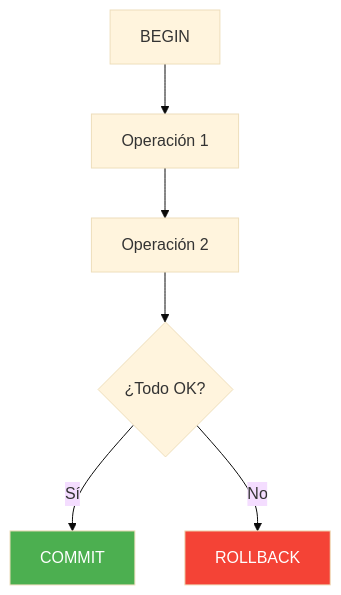
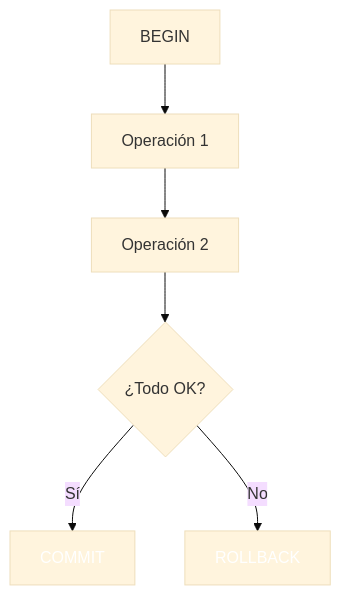
Before and after one commit to joseluisgs/DesarrolloWebEntornosServidor-02-2026-2027: the third of 8 diagrams in 15-transacciones-identificadores.md, drawn with Mermaid (base theme). The commit also changed other lines of this file and 41 other files, not shown here.

````diff
--- a/15-transacciones-identificadores.md
+++ b/15-transacciones-identificadores.md
@@ -98,10 +98,10 @@
 ```mermaid
 flowchart TD
     A["BEGIN"] --> B["Operación 1"]
     B --> C["Operación 2"]
     C --> D{"¿Todo OK?"}
     D -->|Sí| E["COMMIT"]
     D -->|No| F["ROLLBACK"]
-    style E fill:#4CAF50,color:#fff
-    style F fill:#F44336,color:#fff
+    style E fill:#4CAF5,color:#fff0,color:#fff
+    style F fill:#F4433,color:#fff6,color:#fff
 ```
````
